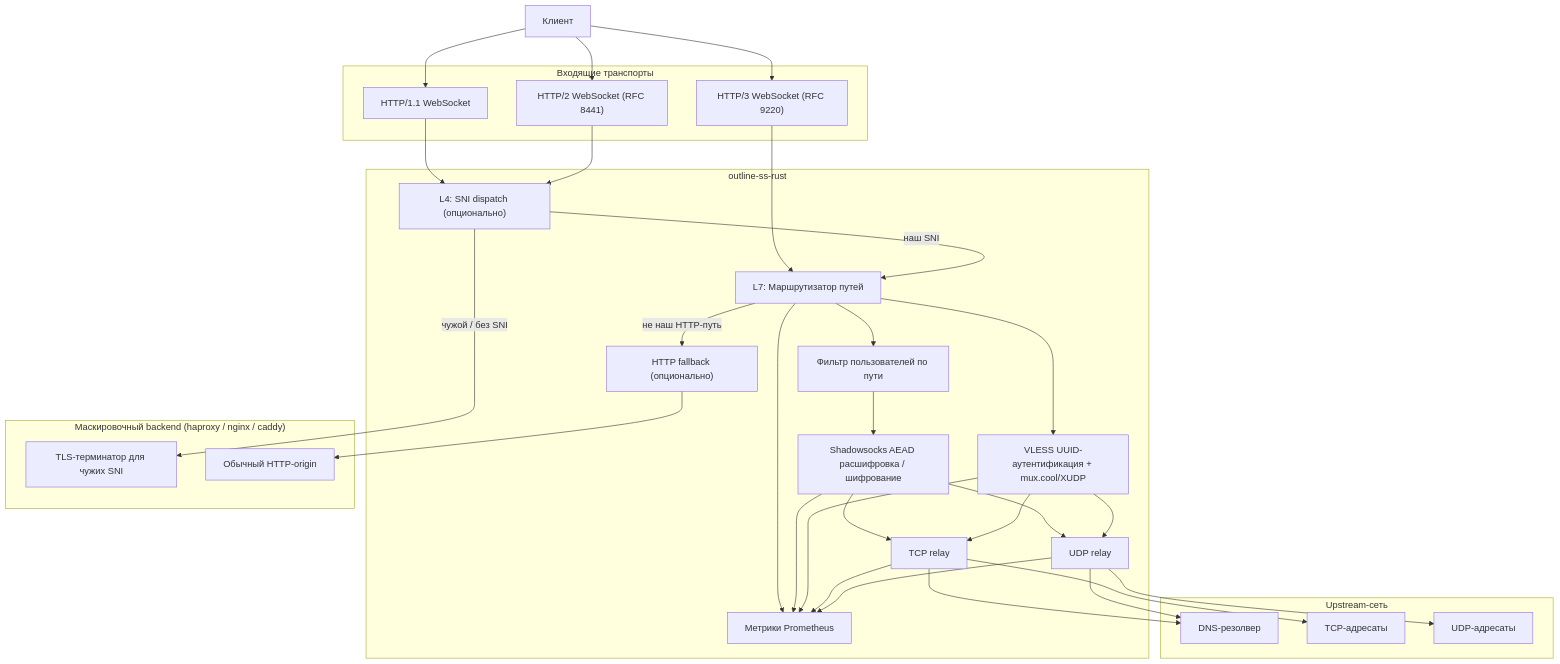
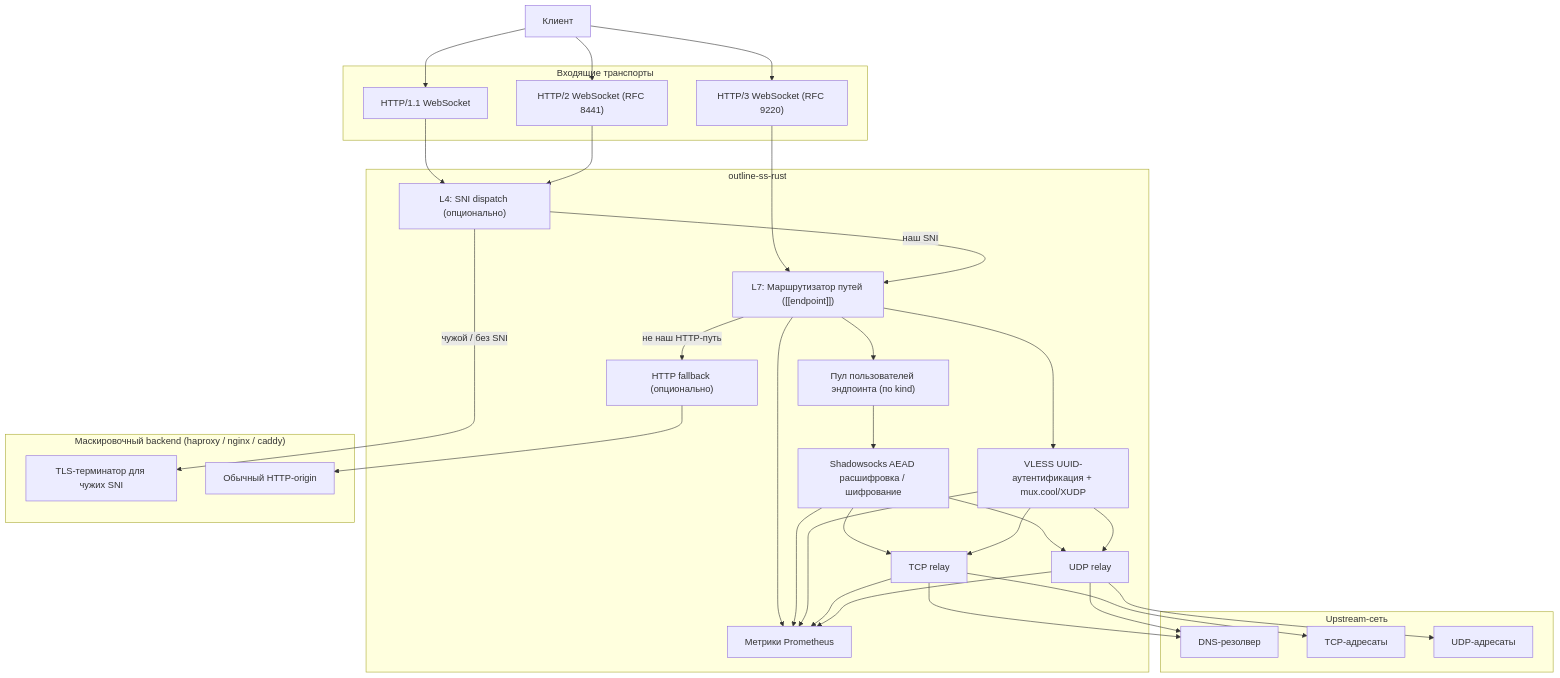
The first of 4 diagrams in bins/outline-ss-rust/docs/ARCHITECTURE.ru.md (balookrd/outline-proxy), drawn with Mermaid before and after one commit. The commit also changed other lines of this file and 61 other files, not shown here.

````diff
--- a/bins/outline-ss-rust/docs/ARCHITECTURE.ru.md
+++ b/bins/outline-ss-rust/docs/ARCHITECTURE.ru.md
@@ -9,64 +9,64 @@
 ```mermaid
 flowchart TD
     CLIENT["Клиент"]
 
     subgraph FRONTEND["Входящие транспорты"]
         H1["HTTP/1.1 WebSocket"]
         H2["HTTP/2 WebSocket (RFC 8441)"]
         H3["HTTP/3 WebSocket (RFC 9220)"]
     end
 
     subgraph CORE["outline-ss-rust"]
         SNID["L4: SNI dispatch (опционально)"]
-        ROUTER["L7: Маршрутизатор путей"]
-        FILTER["Фильтр пользователей по пути"]
+        ROUTER["L7: Маршрутизатор путей ([[endpoint]])"]
+        FILTER["Пул пользователей эндпоинта (по kind)"]
         CRYPTO["Shadowsocks AEAD расшифровка / шифрование"]
         VLESS["VLESS UUID-аутентификация + mux.cool/XUDP"]
         TCPR["TCP relay"]
         UDPR["UDP relay"]
         HTTPF["HTTP fallback (опционально)"]
         METRICS["Метрики Prometheus"]
     end
 
     subgraph BACKEND["Маскировочный backend (haproxy / nginx / caddy)"]
         BSNI["TLS-терминатор для чужих SNI"]
         BWEB["Обычный HTTP-origin"]
     end
 
     subgraph UPSTREAM["Upstream-сеть"]
         DNS["DNS-резолвер"]
         TCPU["TCP-адресаты"]
         UDPU["UDP-адресаты"]
     end
 
     CLIENT --> H1
     CLIENT --> H2
     CLIENT --> H3
 
     H1 --> SNID
     H2 --> SNID
     H3 --> ROUTER
     SNID -- "наш SNI" --> ROUTER
     SNID -- "чужой / без SNI" --> BSNI
 
     ROUTER --> FILTER
     FILTER --> CRYPTO
     ROUTER --> VLESS
     ROUTER -- "не наш HTTP-путь" --> HTTPF
     HTTPF --> BWEB
     CRYPTO --> TCPR
     CRYPTO --> UDPR
     VLESS --> TCPR
     VLESS --> UDPR
 
     TCPR --> DNS
     TCPR --> TCPU
     UDPR --> DNS
     UDPR --> UDPU
 
     ROUTER --> METRICS
     CRYPTO --> METRICS
     VLESS --> METRICS
     TCPR --> METRICS
     UDPR --> METRICS
 ```
````
